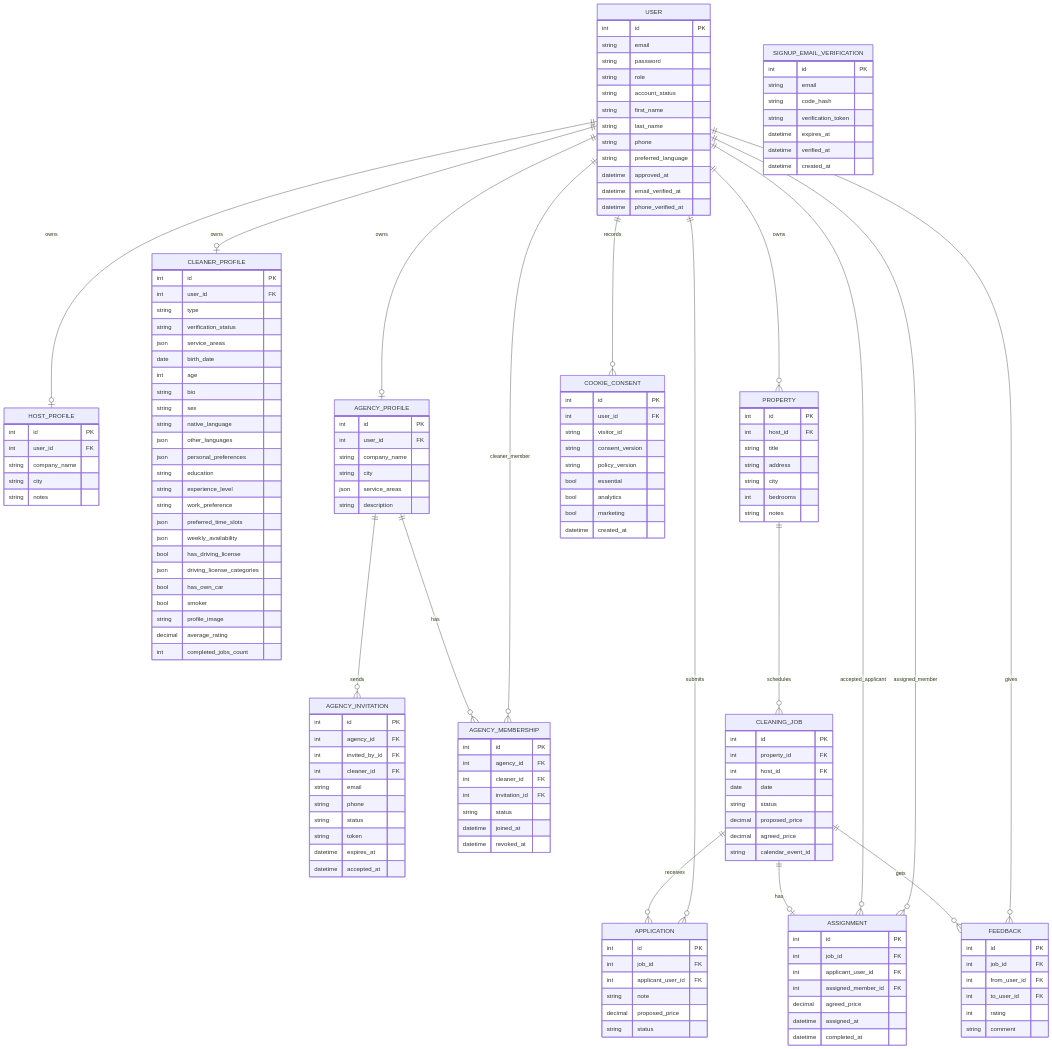
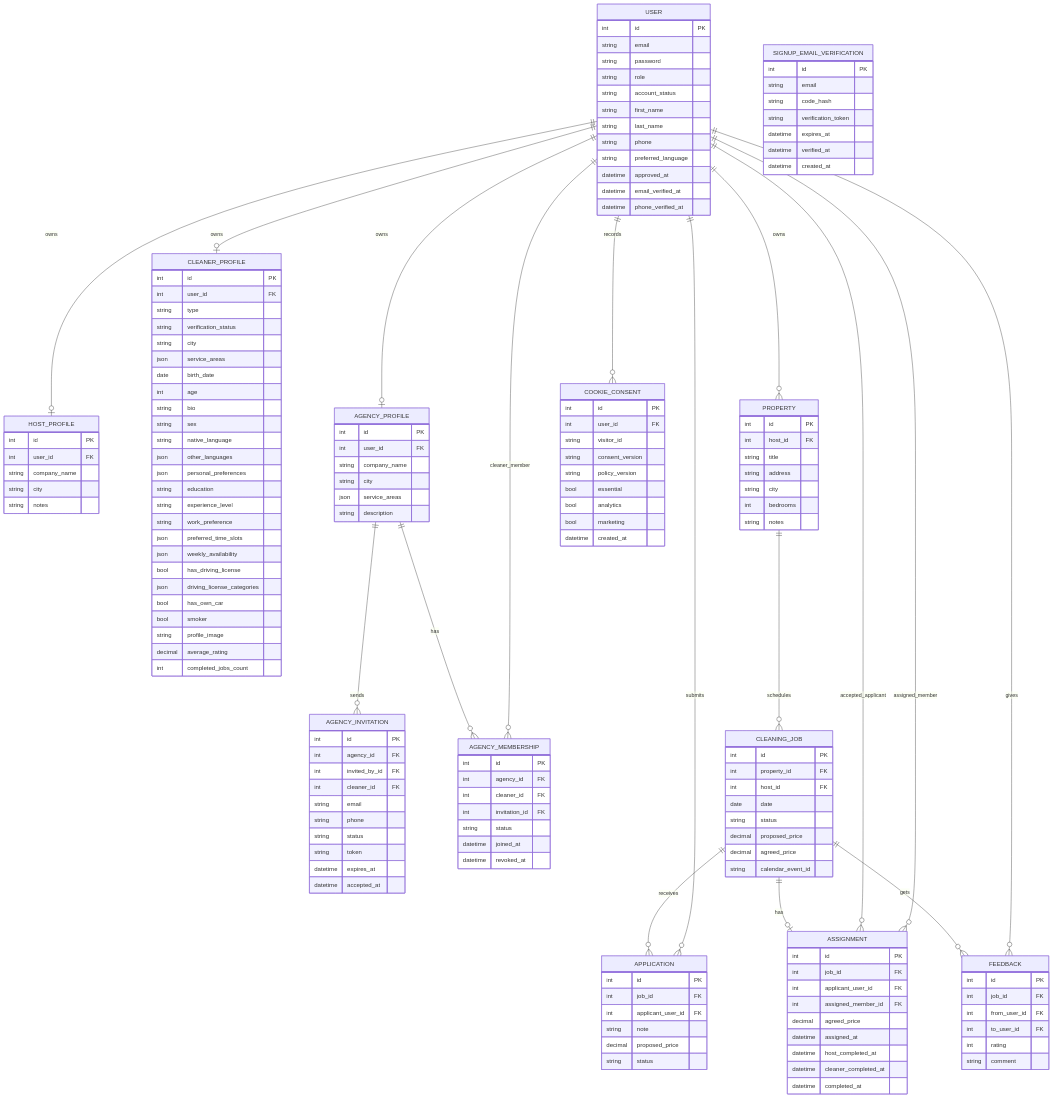
The diagram in architecture-db-workflow.md (ICleanHouse/airbnb_tax), drawn with Mermaid before and after one commit. The commit also changed other lines of this file and 73 other files, not shown here.

Commit message:
whole project reaorganization, cleaner city filtering, property media URLs/seed photos, completion timing, duplicate jobs, and the test-data seeder

```diff
--- a/architecture-db-workflow.md
+++ b/architecture-db-workflow.md
@@ -34,6 +34,7 @@
       int user_id FK
       string type
       string verification_status
+      string city
       json service_areas
       date birth_date
       int age
@@ -118,6 +119,8 @@
       int assigned_member_id FK
       decimal agreed_price
       datetime assigned_at
+      datetime host_completed_at
+      datetime cleaner_completed_at
       datetime completed_at
     }
     FEEDBACK {
```
